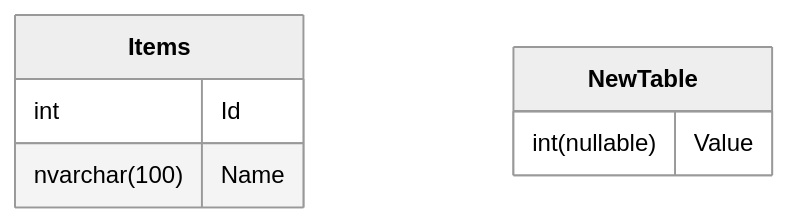
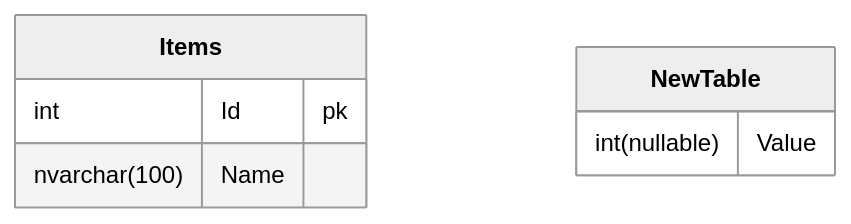
One commit to SimonCropp/DbToMermaid changed the diagram in src/SqlServerToMermaid.Tests/Tests.RenderMarkdownFromScriptWithAlterTableAddColumn.verified.md. Above: the diagram before and after it, drawn with Mermaid (neutral theme). The commit also changed 14 other files, not shown here.

````diff
--- a/src/SqlServerToMermaid.Tests/Tests.RenderMarkdownFromScriptWithAlterTableAddColumn.verified.md
+++ b/src/SqlServerToMermaid.Tests/Tests.RenderMarkdownFromScriptWithAlterTableAddColumn.verified.md
@@ -1,10 +1,10 @@
 ```mermaid
 erDiagram
   Items["**Items**"] {
-    int Id
+    int Id pk
     nvarchar(100) Name
   }
   NewTable["**NewTable**"] {
     int(nullable) Value
   }
 ```
````
